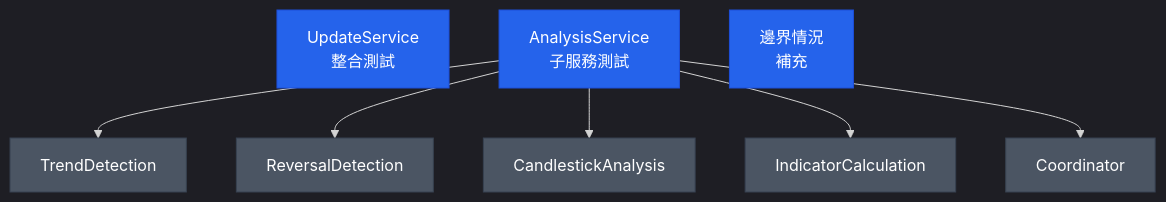
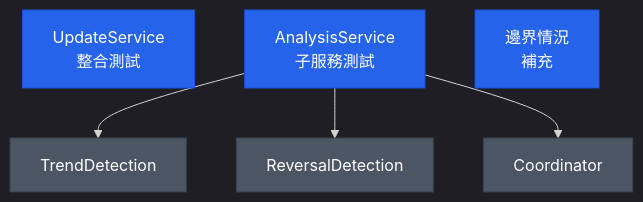
Before and after one commit to Neal75418/afterclose: the third of 3 diagrams in docs/TEST_COVERAGE_PLAN.md, drawn with Mermaid. The commit also changed other lines of this file and 3 other files, not shown here.

````diff
--- a/docs/TEST_COVERAGE_PLAN.md
+++ b/docs/TEST_COVERAGE_PLAN.md
@@ -48,22 +48,18 @@
 ```mermaid
 %%{init: {'theme': 'dark'}}%%
 flowchart TB
     US["UpdateService\n整合測試"]
     AS["AnalysisService\n子服務測試"]
     Edge["邊界情況\n補充"]
 
     AS --> TD["TrendDetection"]
     AS --> RD["ReversalDetection"]
-    AS --> CA["CandlestickAnalysis"]
-    AS --> IC["IndicatorCalculation"]
     AS --> CO["Coordinator"]
 
     style US fill:#2563EB,color:#fff,stroke:#1D4ED8
     style AS fill:#2563EB,color:#fff,stroke:#1D4ED8
     style Edge fill:#2563EB,color:#fff,stroke:#1D4ED8
     style TD fill:#4B5563,color:#fff,stroke:#374151
     style RD fill:#4B5563,color:#fff,stroke:#374151
-    style CA fill:#4B5563,color:#fff,stroke:#374151
-    style IC fill:#4B5563,color:#fff,stroke:#374151
     style CO fill:#4B5563,color:#fff,stroke:#374151
 ```
````
